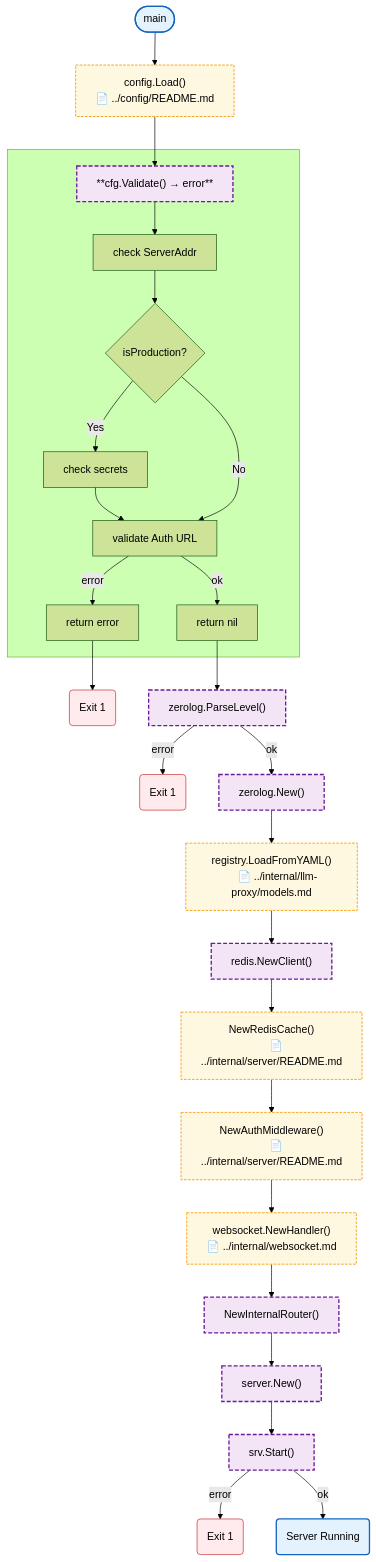
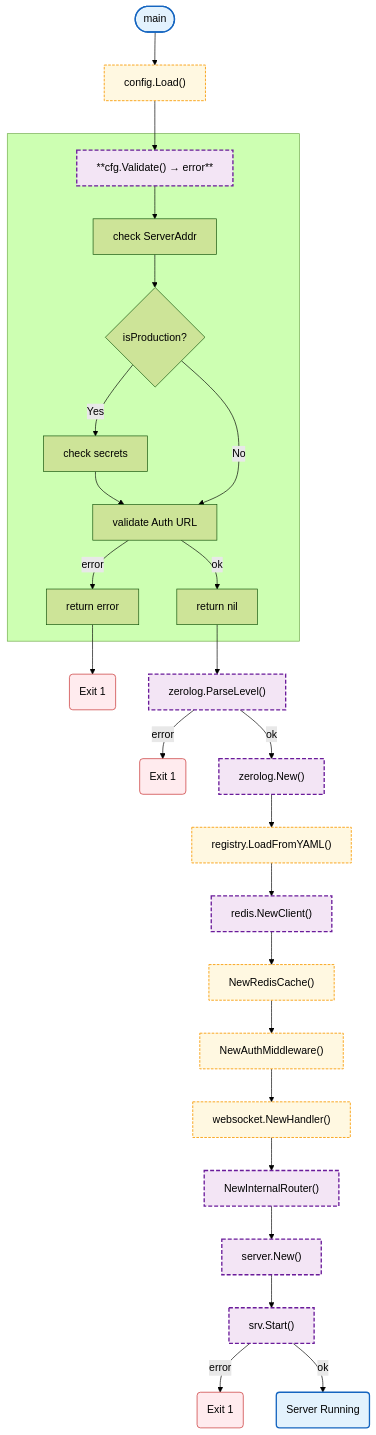
The diagram in docs/cmd/gateway.md (radch-ai/ava), drawn with Mermaid (forest theme) before and after one commit. The commit also changed 8 other files, not shown here.

````diff
--- a/docs/cmd/gateway.md
+++ b/docs/cmd/gateway.md
@@ -7,46 +7,47 @@
 ```mermaid
 flowchart TB
-    Start([main]) --> LoadCfg["config.Load()
-    📄 ../config/README.md"]
+    Start([main]) --> LoadCfg["config.Load()"]
     LoadCfg --> HValidate
 
     subgraph SGValidate [" "]
         HValidate["**cfg.Validate() → error**"]
         HValidate --> CheckAddr["check ServerAddr"]
         CheckAddr --> CheckProd{isProduction?}
         CheckProd -->|Yes| CheckSecrets["check secrets"]
         CheckSecrets --> CheckURL["validate Auth URL"]
         CheckProd -->|No| CheckURL
         CheckURL -->|ok| ValidNil["return nil"]
         CheckURL -->|error| ValidErr["return error"]
     end
 
     ValidErr --> Exit1("Exit 1")
     ValidNil --> ParseLevel["zerolog.ParseLevel()"]
     ParseLevel -->|error| Exit2("Exit 1")
     ParseLevel -->|ok| CreateLogger["zerolog.New()"]
-    CreateLogger --> LoadModels["registry.LoadFromYAML()
-    📄 ../internal/llm-proxy/models.md"]
+    CreateLogger --> LoadModels["registry.LoadFromYAML()"]
     LoadModels --> InitRedis["redis.NewClient()"]
-    InitRedis --> CreateCache["NewRedisCache()
-    📄 ../internal/server/README.md"]
-    CreateCache --> CreateAuthMW["NewAuthMiddleware()
-    📄 ../internal/server/README.md"]
-    CreateAuthMW --> CreateWS["websocket.NewHandler()
-    📄 ../internal/websocket.md"]
+    InitRedis --> CreateCache["NewRedisCache()"]
+    CreateCache --> CreateAuthMW["NewAuthMiddleware()"]
+    CreateAuthMW --> CreateWS["websocket.NewHandler()"]
     CreateWS --> CreateInternal["NewInternalRouter()"]
     CreateInternal --> CreateServer["server.New()"]
     CreateServer --> StartServer["srv.Start()"]
     StartServer -->|error| Exit3("Exit 1")
     StartServer -->|ok| Running("Server Running")
+
+    click LoadCfg href "../config/README.md"
+    click LoadModels href "../internal/llm-proxy/models.md"
+    click CreateCache href "../internal/server/README.md"
+    click CreateAuthMW href "../internal/server/README.md"
+    click CreateWS href "../internal/websocket.md"
 
     classDef mainFn fill:#e3f2fd,stroke:#1565c0,stroke-width:2px
     classDef internalFn fill:#f3e5f5,stroke:#6a1b9a,stroke-width:2px,stroke-dasharray:6 3
     classDef localPkgs fill:#fff8e1,stroke:#f9a825,stroke-width:1.5px,stroke-dasharray:4 2
     classDef errorFlow fill:#ffebee,stroke:#c62828,stroke-width:1px
 
     class Start,Running mainFn
     class Exit1,Exit2,Exit3 errorFlow
     class LoadCfg,LoadModels,CreateCache,CreateAuthMW,CreateWS localPkgs
     class HValidate,ParseLevel,CreateLogger,InitRedis,CreateInternal,CreateServer,StartServer internalFn
 ```
````
